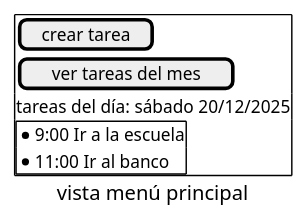
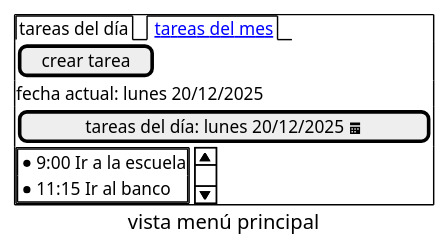
Before and after one commit to esteban4321duran/app-tareas-v1-docs: the diagram in general/gui-mockups/inicio.pu, drawn with PlantUML. The commit also changed 9 other files, not shown here.

```diff
--- a/general/gui-mockups/inicio.pu
+++ b/general/gui-mockups/inicio.pu
@@ -1,17 +1,17 @@
 @startsalt
 caption vista menú principal 
 {
     {+
+        {/ tareas del día |<u><color:blue> tareas del mes }
         [crear tarea]
-        [ver tareas del mes]
-
-        tareas del día: sábado 20/12/2025
-
-        {+
-            * 9:00 Ir a la escuela
-            * 11:00 Ir al banco
+        fecha actual: lunes 20/12/2025
+        [tareas del día: lunes 20/12/2025 <&calendar>]
+        {SI
+            {+
+                * 9:00 Ir a la escuela
+                * 11:15 Ir al banco
+            }
         }
-
     }
 }
 @endsalt
```
